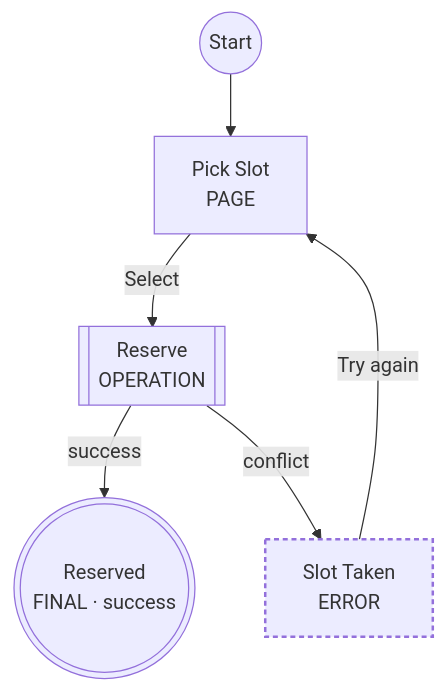
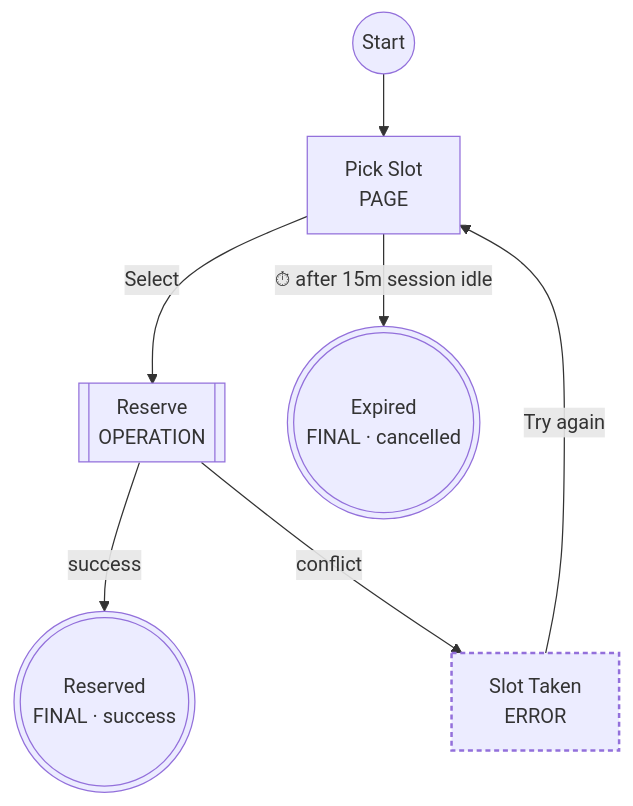
One commit to shynfard/LogicSpec changed the first of 5 diagrams in docs/views.md. Above: the diagram before and after it, drawn with Mermaid. The commit also changed other lines of this file and 75 other files, not shown here.

````diff
--- a/docs/views.md
+++ b/docs/views.md
@@ -19,16 +21,18 @@
 ```mermaid
 flowchart TD
   START(("Start"))
   pick["Pick Slot<br/>PAGE"]
   reserve[["Reserve<br/>OPERATION"]]
   taken["Slot Taken<br/>ERROR"]:::error
   done((("Reserved<br/>FINAL · success")))
+  expired((("Expired<br/>FINAL · cancelled")))
 
   START --> pick
   pick -- "Select" --> reserve
+  pick -- "⏱ after 15m session idle" --> expired
   reserve -- "success" --> done
   reserve -- "conflict" --> taken
   taken -- "Try again" --> pick
 
   classDef error stroke-width:2px,stroke-dasharray:4 3;
 ```
````
